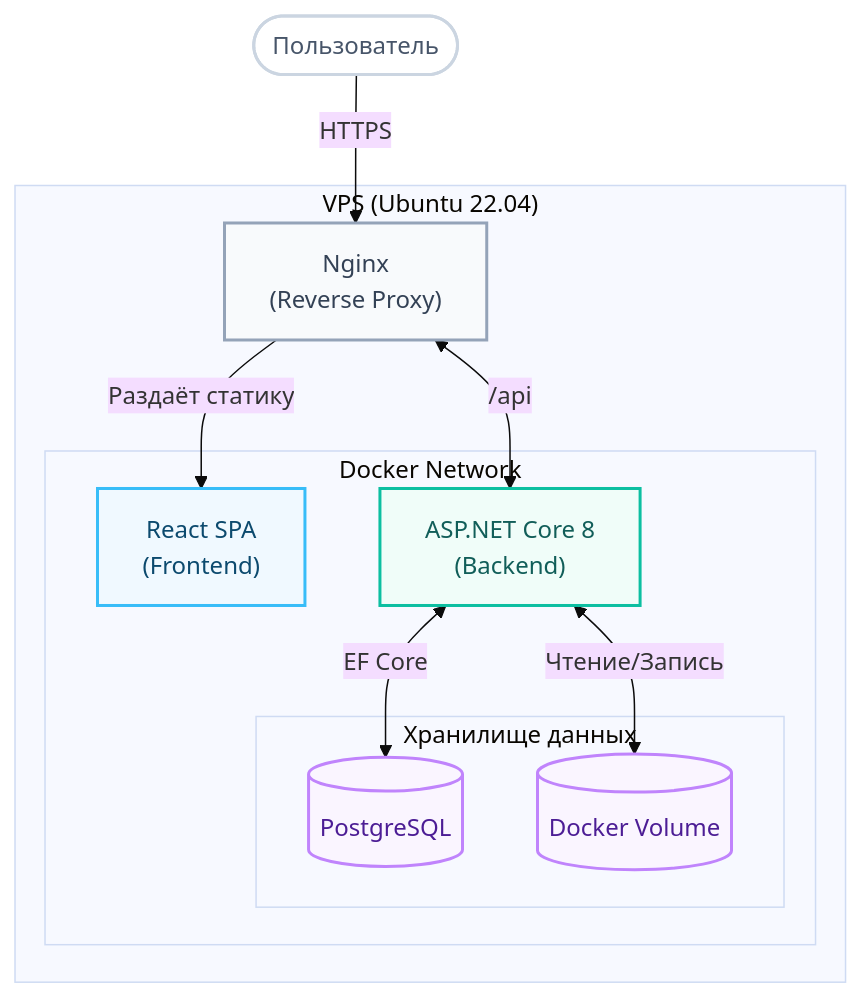
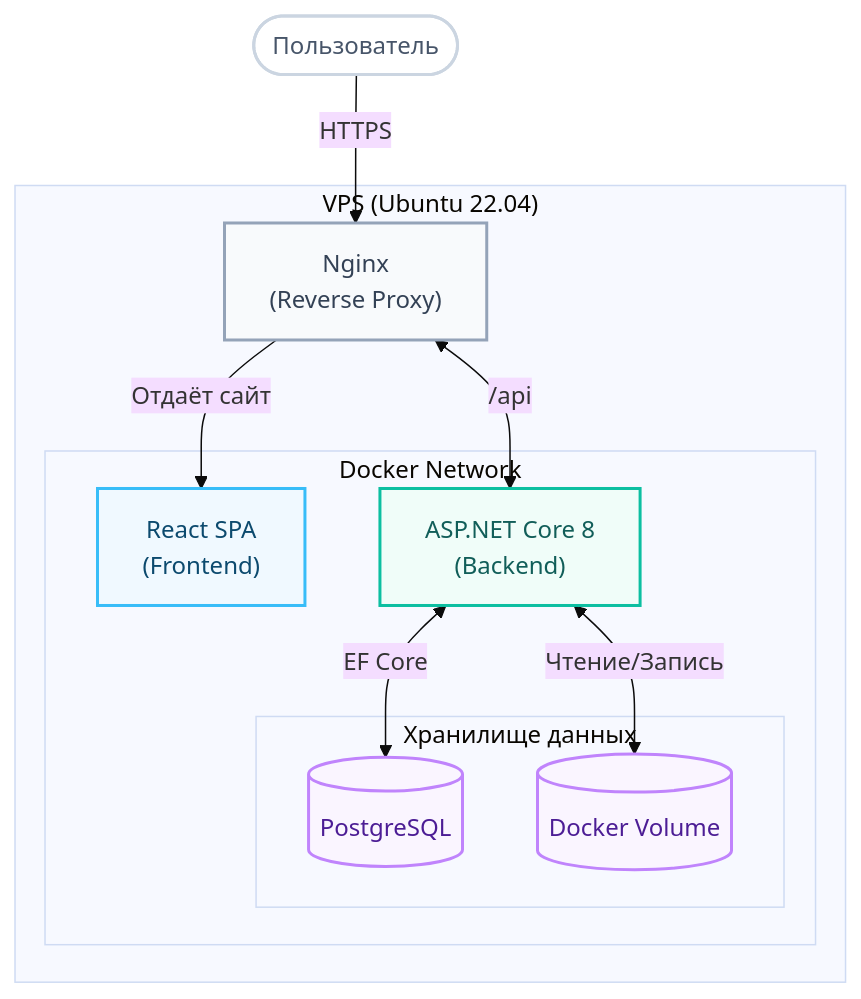
The diagram in README.md (Digital-SGN/StudentCouncilPlatform), drawn with Mermaid (base theme) before and after one commit.

````diff
--- a/README.md
+++ b/README.md
@@ -60,37 +60,37 @@
 ```mermaid
 flowchart TD
     User([Пользователь])
     
     subgraph VPS ["VPS (Ubuntu 22.04)"]
         Nginx["Nginx<br/>(Reverse Proxy)"]
         
         subgraph Docker ["Docker Network"]
             Frontend["React SPA<br/>(Frontend)"]
             Backend["ASP.NET Core 8<br/>(Backend)"]
             
             subgraph Storage ["Хранилище данных"]
                 DB[("PostgreSQL")]
                 Vol[("Docker Volume")]
             end
         end
     end
 
     User -->|HTTPS| Nginx
-    Nginx -->|Раздаёт статику| Frontend
+    Nginx -->|Отдаёт сайт| Frontend
     Nginx <-->|/api| Backend
     
     Backend <-->|EF Core| DB
     Backend <-->|Чтение/Запись| Vol
 
     classDef user fill:#ffffff,stroke:#cbd5e1,stroke-width:2px,color:#475569;
     classDef frontend fill:#f0f9ff,stroke:#38bdf8,stroke-width:2px,color:#0c4a6e;
     classDef backend fill:#f0fdf9,stroke:#0CBFA1,stroke-width:2px,color:#115e59;
     classDef database fill:#faf5ff,stroke:#c084fc,stroke-width:2px,color:#4c1d95;
     classDef infra fill:#f8fafc,stroke:#94a3b8,stroke-width:2px,color:#334155;
 
     class User user;
     class Nginx infra;
     class Frontend frontend;
     class Backend backend;
     class DB,Vol database;
 ```
````
